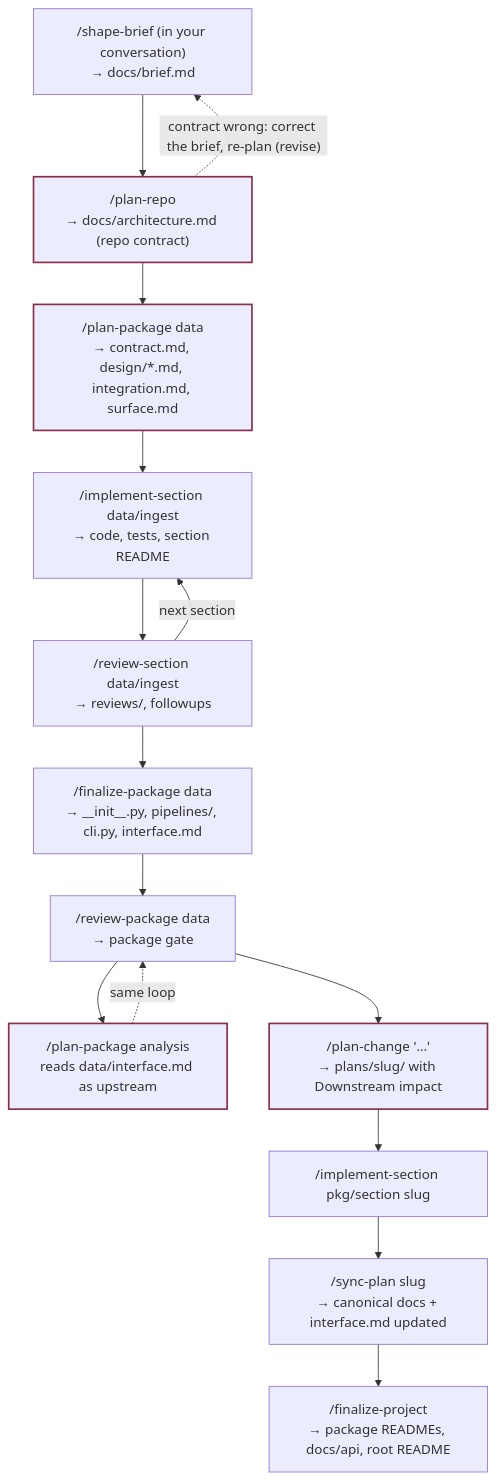
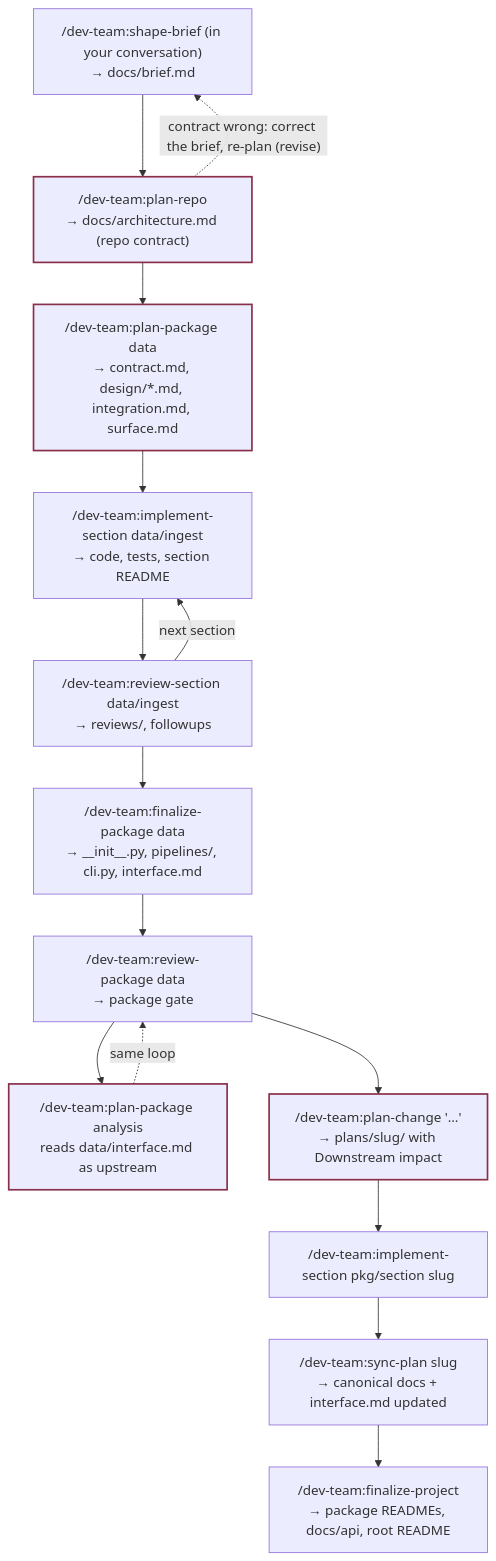
One commit to cott435/cott-plugins changed the second of 3 diagrams in dev-team/site/flow.md. Above: the diagram before and after it, drawn with Mermaid. The commit also changed other lines of this file and 22 other files, not shown here.

First line of the commit message:
dev-team 0.3.1 + plugin-dev 0.4.0: one statement per rule, and the three-file rule now checks itself

````diff
--- a/dev-team/site/flow.md
+++ b/dev-team/site/flow.md
@@ -44,21 +44,21 @@
 ```mermaid
 flowchart TD
-  S["/shape-brief (in your conversation)<br/>→ docs/brief.md"]
+  S["/dev-team:shape-brief (in your conversation)<br/>→ docs/brief.md"]
   S --> A
-  A["/plan-repo<br/>→ docs/architecture.md (repo contract)"]
+  A["/dev-team:plan-repo<br/>→ docs/architecture.md (repo contract)"]
   A -. "contract wrong: correct the brief, re-plan (revise)" .-> S
-  A --> B["/plan-package data<br/>→ contract.md, design/*.md, integration.md, surface.md"]
-  B --> C["/implement-section data/ingest<br/>→ code, tests, section README"]
-  C --> D["/review-section data/ingest<br/>→ reviews/, followups"]
+  A --> B["/dev-team:plan-package data<br/>→ contract.md, design/*.md, integration.md, surface.md"]
+  B --> C["/dev-team:implement-section data/ingest<br/>→ code, tests, section README"]
+  C --> D["/dev-team:review-section data/ingest<br/>→ reviews/, followups"]
   D -->|next section| C
-  D --> E["/finalize-package data<br/>→ __init__.py, pipelines/, cli.py, interface.md"]
-  E --> F["/review-package data<br/>→ package gate"]
-  F --> G["/plan-package analysis<br/>reads data/interface.md as upstream"]
+  D --> E["/dev-team:finalize-package data<br/>→ __init__.py, pipelines/, cli.py, interface.md"]
+  E --> F["/dev-team:review-package data<br/>→ package gate"]
+  F --> G["/dev-team:plan-package analysis<br/>reads data/interface.md as upstream"]
   G -.->|same loop| F
-  F --> H["/plan-change '…'<br/>→ plans/slug/ with Downstream impact"]
-  H --> I["/implement-section pkg/section slug"]
-  I --> J["/sync-plan slug<br/>→ canonical docs + interface.md updated"]
-  J --> K["/finalize-project<br/>→ package READMEs, docs/api, root README"]
+  F --> H["/dev-team:plan-change '…'<br/>→ plans/slug/ with Downstream impact"]
+  H --> I["/dev-team:implement-section pkg/section slug"]
+  I --> J["/dev-team:sync-plan slug<br/>→ canonical docs + interface.md updated"]
+  J --> K["/dev-team:finalize-project<br/>→ package READMEs, docs/api, root README"]
   classDef stop stroke:#8a2f4a,stroke-width:2px;
   class A,B,G,H stop;
 ```
````
